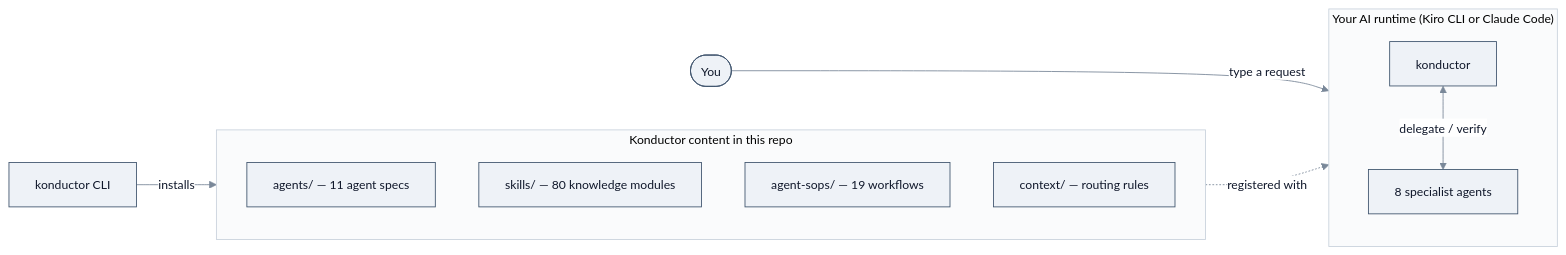
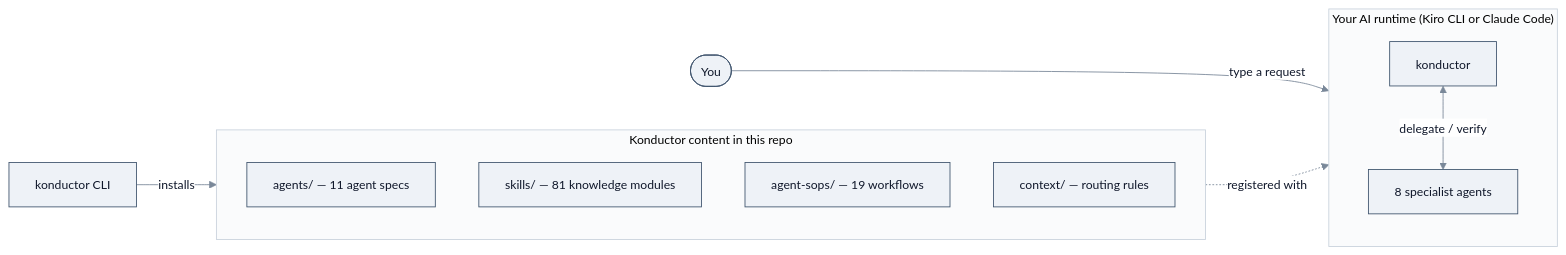
The diagram in docs/user-guide/README.md (aws-solutions/konductor), drawn with Mermaid before and after one commit. The commit also changed other lines of this file and 29 other files, not shown here.

````diff
--- a/docs/user-guide/README.md
+++ b/docs/user-guide/README.md
@@ -154,21 +154,21 @@
 ```mermaid
 %%{init:{'theme':'base','themeVariables':{'fontSize':'14px','primaryColor':'#eef2f7','primaryTextColor':'#0f172a','primaryBorderColor':'#40556e','lineColor':'#7a8899','textColor':'#0f172a','edgeLabelBackground':'#ffffff','clusterBkg':'#fafbfc','clusterBorder':'#c9d2dc'}}}%%
 flowchart LR
     You([You]) -->|type a request| Runtime
 
     subgraph Runtime["Your AI runtime (Kiro CLI or Claude Code)"]
         Orch[konductor]
         Spec[8 specialist agents]
         Orch <-->|delegate / verify| Spec
     end
 
     subgraph Content["Konductor content in this repo"]
         A["agents/ — 11 agent specs"]
-        S["skills/ — 80 knowledge modules"]
+        S["skills/ — 81 knowledge modules"]
         P["agent-sops/ — 19 workflows"]
         C["context/ — routing rules"]
     end
 
     CLI["konductor CLI"] -->|"installs"| Content
     Content -.->|"registered with"| Runtime
 ```
````
